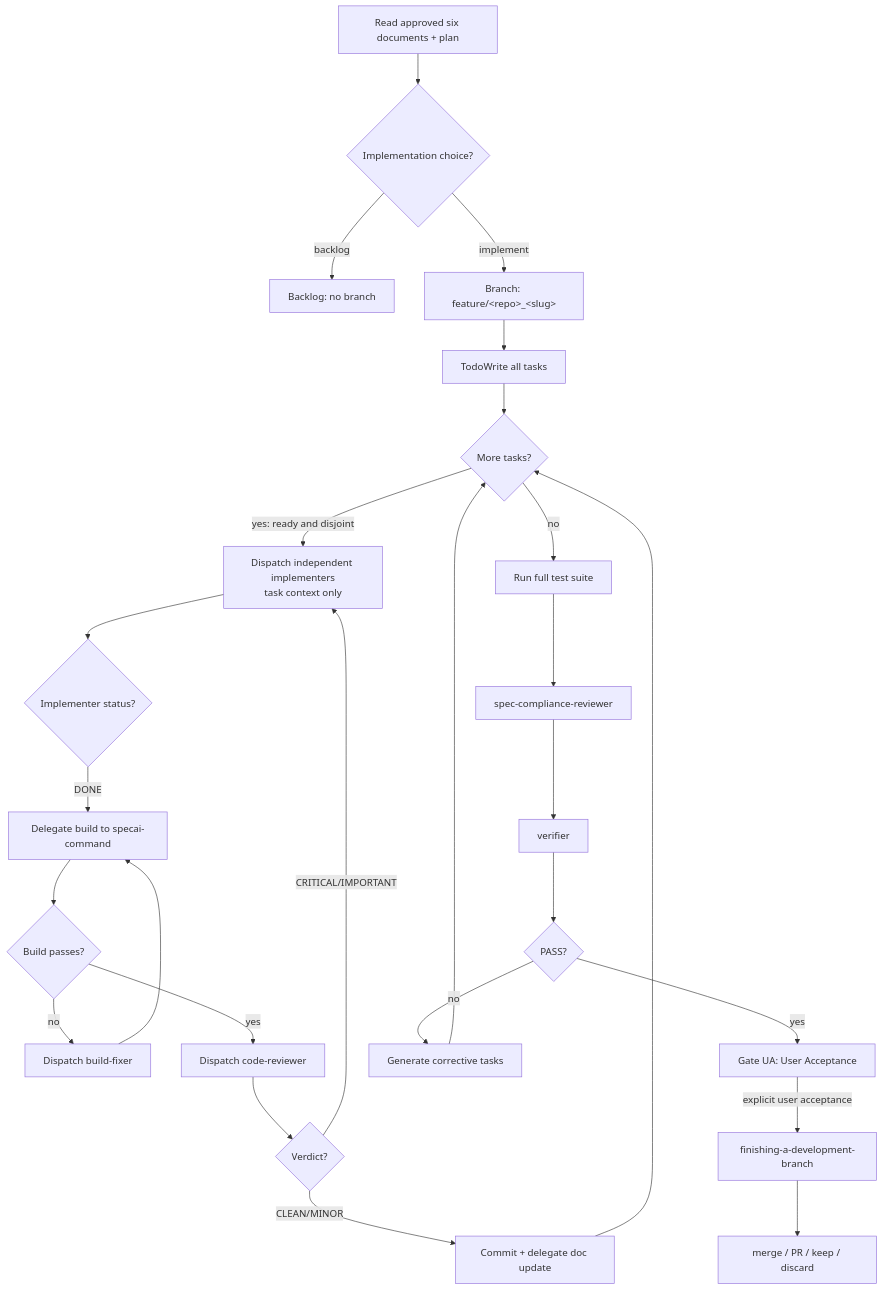
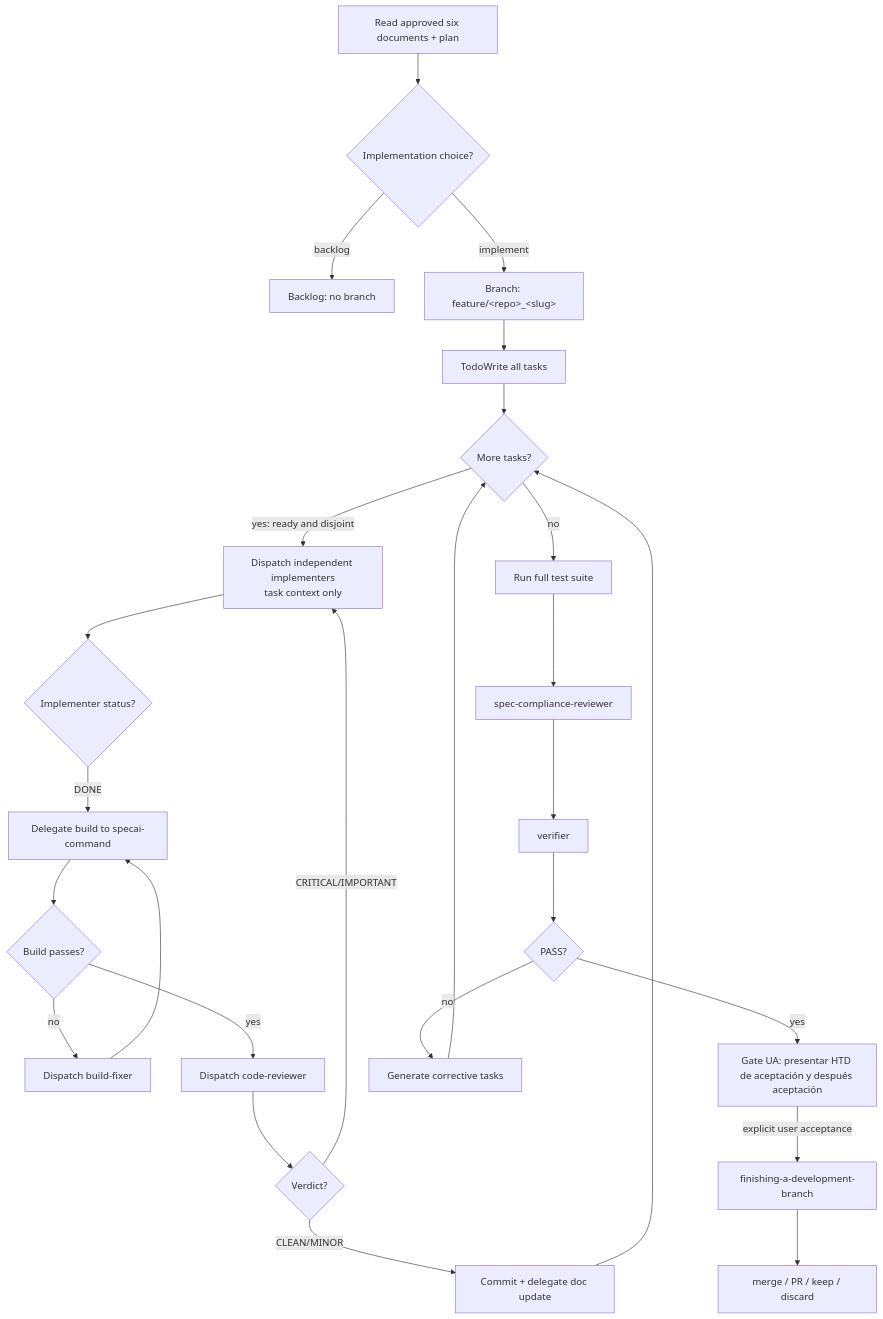
Before and after one commit to ArceApps-dev/specai: the second of 2 diagrams in skills/specai-subagent-driven-development/SKILL.md, drawn with Mermaid. The commit also changed other lines of this file and 12 other files, not shown here.

````diff
--- a/skills/specai-subagent-driven-development/SKILL.md
+++ b/skills/specai-subagent-driven-development/SKILL.md
@@ -151,28 +153,28 @@
 ```mermaid
 graph TB
   A[Read approved six documents + plan] --> B{Implementation choice?}
   B -- "backlog" --> Z[Backlog: no branch]
   B -- "implement" --> C[Branch: feature/&lt;repo&gt;_&lt;slug&gt;]
   C --> D[TodoWrite all tasks]
   D --> E{More tasks?}
   E -- "yes: ready and disjoint" --> F[Dispatch independent implementers<br/>task context only]
   F --> G{Implementer status?}
   G -- "DONE" --> H[Delegate build to specai-command]
   H --> I{Build passes?}
   I -- "no" --> J[Dispatch build-fixer]
   J --> H
   I -- "yes" --> K[Dispatch code-reviewer]
   K --> L{Verdict?}
   L -- "CLEAN/MINOR" --> M[Commit + delegate doc update]
   L -- "CRITICAL/IMPORTANT" --> F
   M --> E
   E -- "no" --> N[Run full test suite]
   N --> O[spec-compliance-reviewer]
   O --> P[verifier]
   P --> Q{PASS?}
-  Q -- "yes" --> R[Gate UA: User Acceptance]
+  Q -- "yes" --> R[Gate UA: presentar HTD de aceptación y después aceptación]
   Q -- "no" --> S[Generate corrective tasks]
   S --> E
   R -- "explicit user acceptance" --> T[finishing-a-development-branch]
   T --> U[merge / PR / keep / discard]
 ```
````
